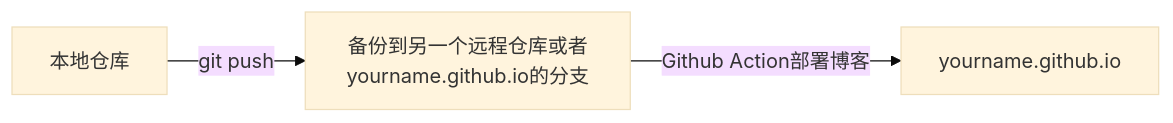
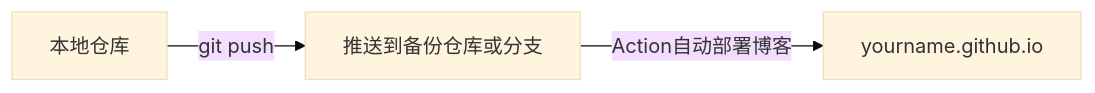
The second of 2 diagrams in source/_posts/随笔记录/GithubAction自动部署Hexo静态博客.md (prettywinter/prettywinter.github.io), drawn with Mermaid (base theme) before and after one commit. The commit also changed other lines of this file and 40 other files, not shown here.

````diff
--- a/source/_posts/随笔记录/GithubAction自动部署Hexo静态博客.md
+++ b/source/_posts/随笔记录/GithubAction自动部署Hexo静态博客.md
@@ -39,5 +42,5 @@
 ```mermaid
 graph LR
-    A[本地仓库] --git push--> 备份到另一个远程仓库或者yourname.github.io的分支
-    --Github Action部署博客--> yourname.github.io
+    A[本地仓库] --git push--> 推送到备份仓库或分支
+    --Action自动部署博客--> yourname.github.io
 ```
````
